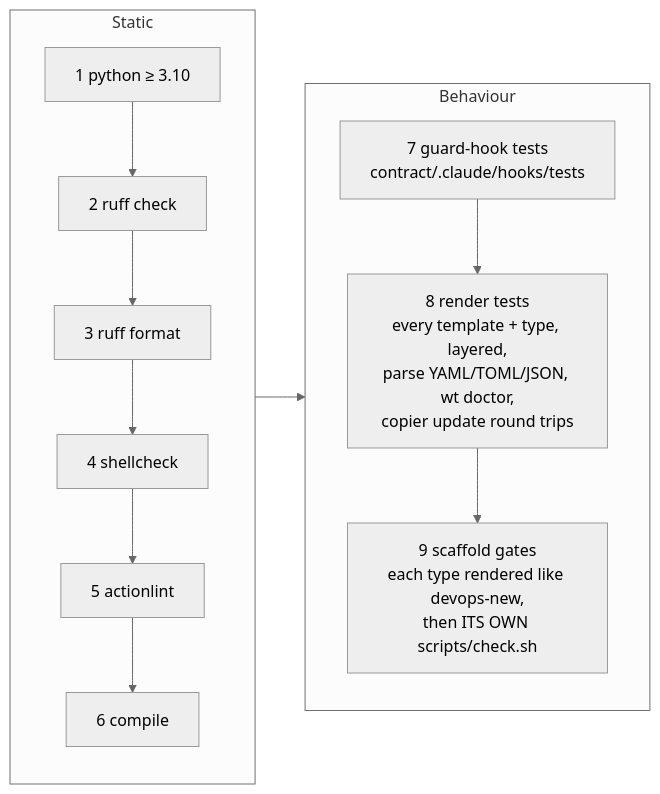
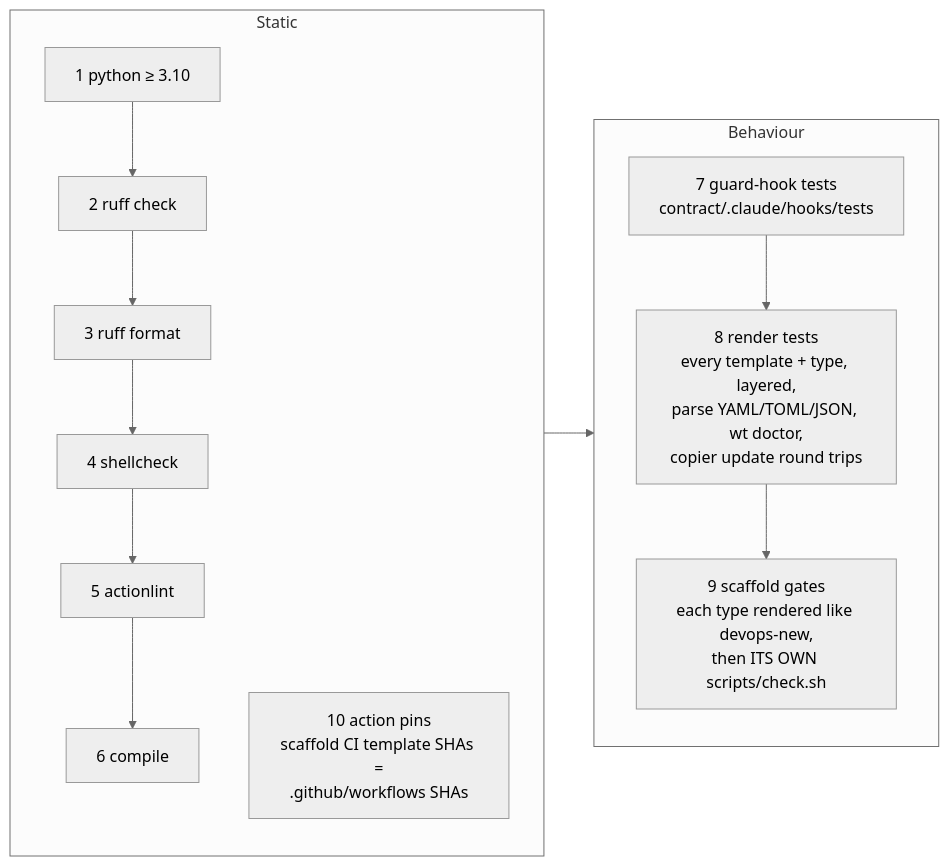
Before and after one commit to djfiend/devops-templates: the fifth of 6 diagrams in docs/operations.md, drawn with Mermaid (neutral theme). The commit also changed other lines of this file and 7 other files, not shown here.

````diff
--- a/docs/operations.md
+++ b/docs/operations.md
@@ -161,13 +161,14 @@
 ```mermaid
 flowchart LR
     subgraph static["Static"]
         s1["1 python ≥ 3.10"] --> s2["2 ruff check"] --> s3["3 ruff format"] --> s4["4 shellcheck"] --> s5["5 actionlint"] --> s6["6 compile"]
+        s10["10 action pins<br/>scaffold CI template SHAs =<br/>.github/workflows SHAs"]
     end
     subgraph tests["Behaviour"]
         s7["7 guard-hook tests<br/>contract/.claude/hooks/tests"]
         s8["8 render tests<br/>every template + type, layered,<br/>parse YAML/TOML/JSON, wt doctor,<br/>copier update round trips"]
         s9["9 scaffold gates<br/>each type rendered like devops-new,<br/>then ITS OWN scripts/check.sh"]
         s7 --> s8 --> s9
     end
     static --> tests
 ```
````
